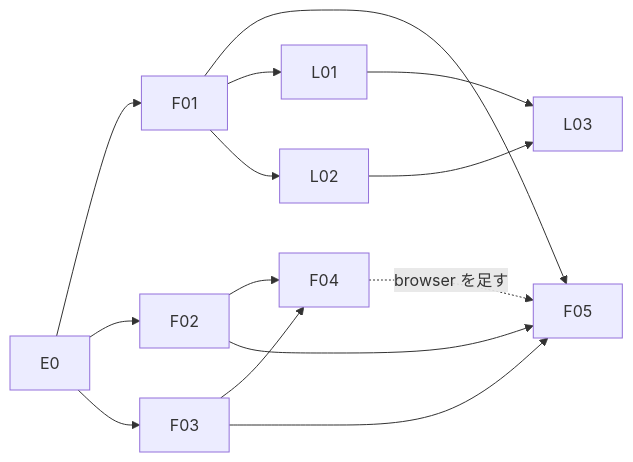
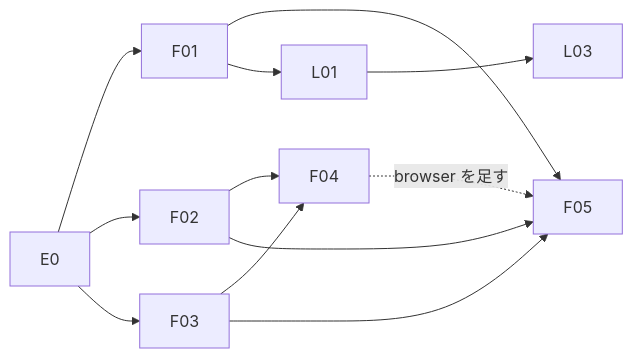
The diagram in docs/plan/chatsumi-plan.md (ochanuco/chatsumi), drawn with Mermaid before and after one commit. The commit also changed other lines of this file and 2 other files, not shown here.

````diff
--- a/docs/plan/chatsumi-plan.md
+++ b/docs/plan/chatsumi-plan.md
@@ -128,9 +135,9 @@
 ```mermaid
 graph LR
   E0 --> F01 & F02 & F03
   F02 & F03 --> F04
   F01 & F02 & F03 --> F05
   F04 -.browser を足す.-> F05
-  F01 --> L01 & L02
-  L01 & L02 --> L03
+  F01 --> L01
+  L01 --> L03
 ```
````
